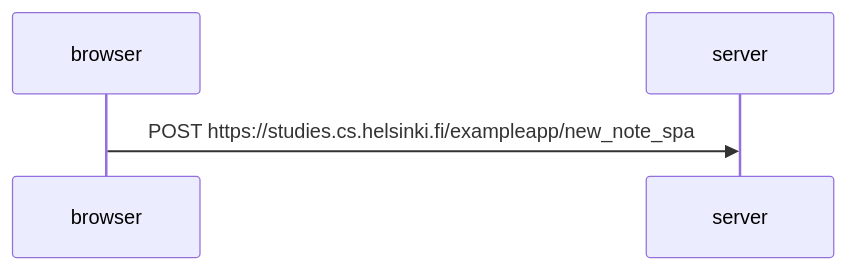
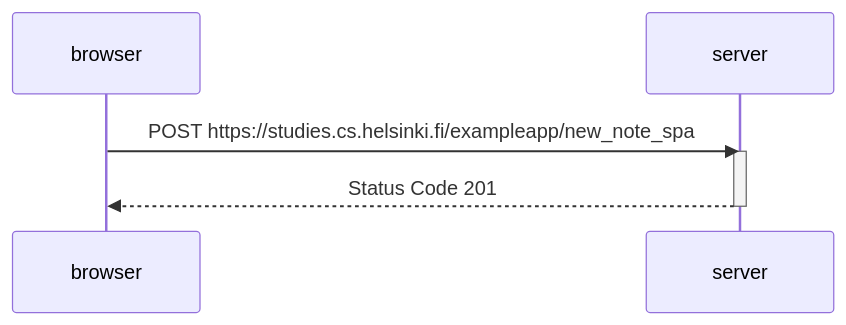
Before and after one commit to saktermart/fullstackopen-exercises: the diagram in part0/part06.md, drawn with Mermaid. The commit also changed 50 other files, not shown here.

````diff
--- a/part0/part06.md
+++ b/part0/part06.md
@@ -1,7 +1,10 @@
 ```mermaid
 sequenceDiagram
 	participant browser
 	participant server
 	
 	browser->>server: POST https://studies.cs.helsinki.fi/exampleapp/new_note_spa
+	activate server
+	server-->>browser: Status Code 201
+	deactivate server
 ```
````
